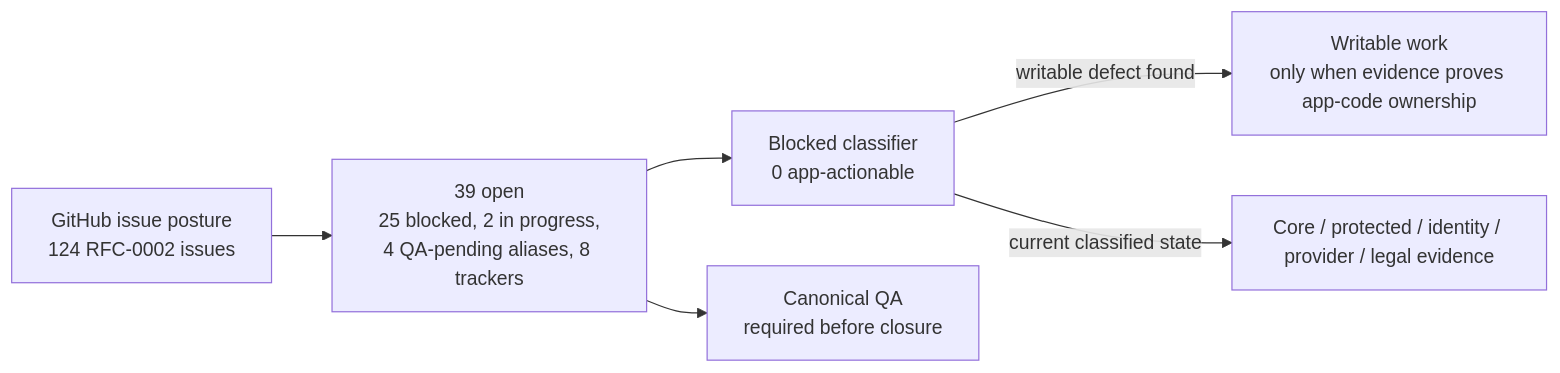
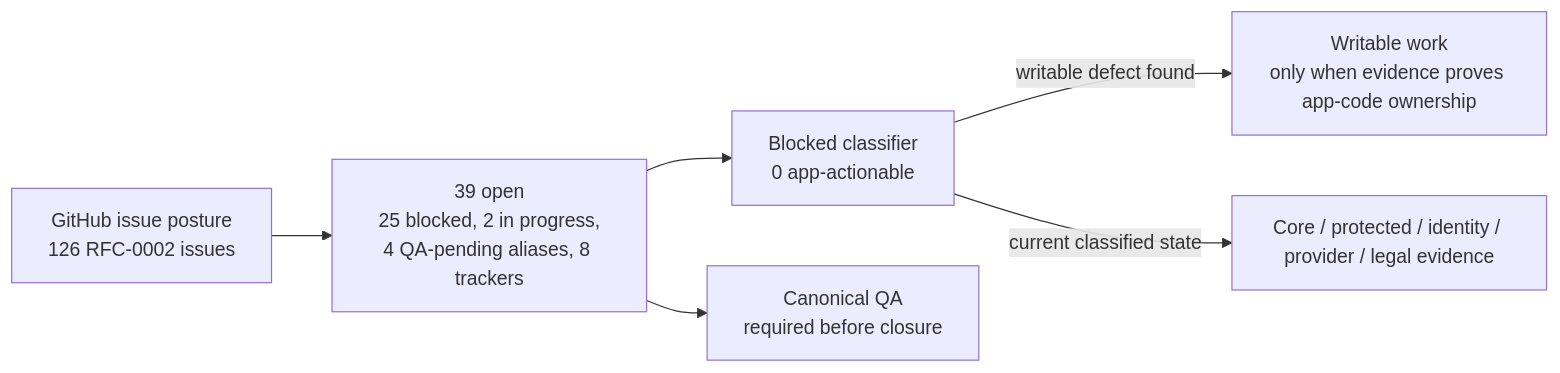
Before and after one commit to sgajbi/lotus-idea: the first of 2 diagrams in wiki/RFC-0002-Execution-Status.md, drawn with Mermaid. The commit also changed other lines of this file and 7 other files, not shown here.

Commit message:
docs: sync rfc0002 issue posture after issue 866 closure

````diff
--- a/wiki/RFC-0002-Execution-Status.md
+++ b/wiki/RFC-0002-Execution-Status.md
@@ -39,15 +39,15 @@
 ```mermaid
 flowchart LR
-    Issues["GitHub issue posture<br/>124 RFC-0002 issues"]
+    Issues["GitHub issue posture<br/>126 RFC-0002 issues"]
     Open["39 open<br/>25 blocked, 2 in progress,<br/>4 QA-pending aliases, 8 trackers"]
     Blocked["Blocked classifier<br/>0 app-actionable"]
     Work["Writable work<br/>only when evidence proves app-code ownership"]
     External["Core / protected / identity / provider / legal evidence"]
     QA["Canonical QA<br/>required before closure"]
 
     Issues --> Open
     Open --> Blocked
     Blocked -->|"writable defect found"| Work
     Blocked -->|"current classified state"| External
     Open --> QA
 ```
````
